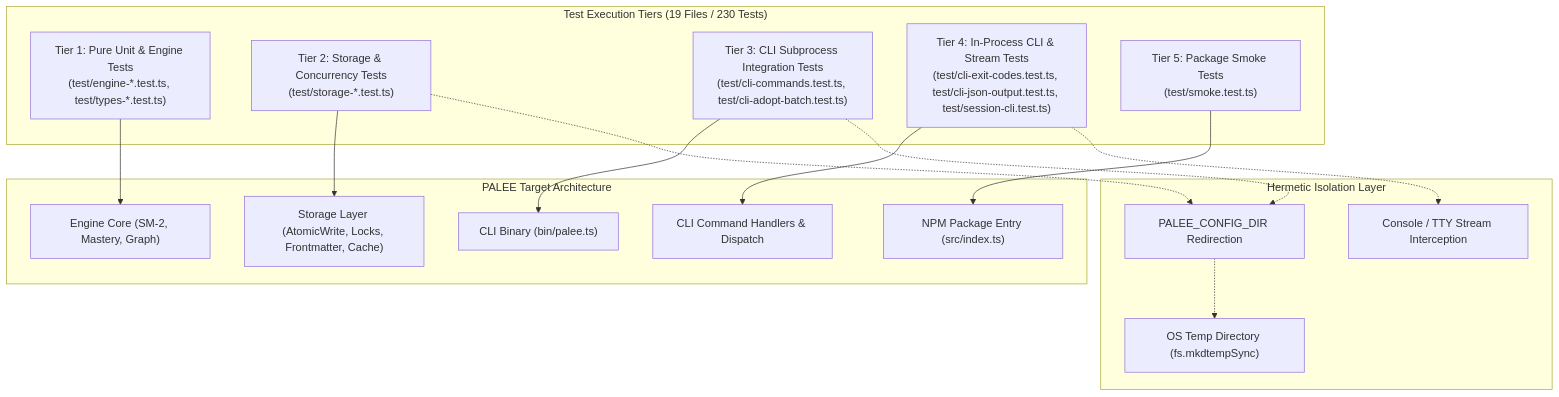
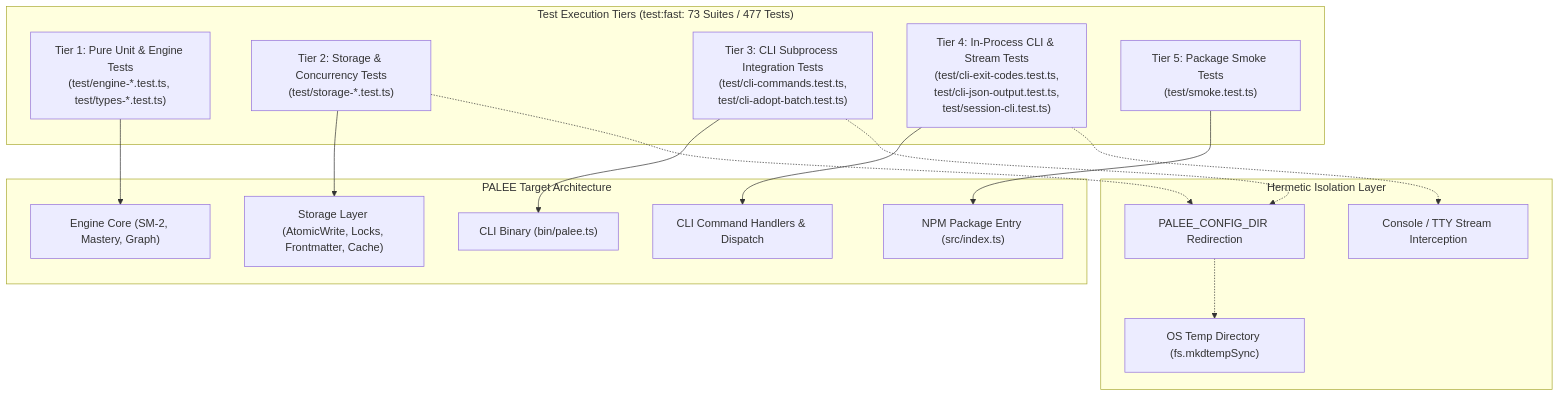
The diagram in docs/06-0-testing.md (Kuldeep2822k/cli), drawn with Mermaid before and after one commit. The commit also changed other lines of this file and 22 other files, not shown here.

First line of the commit message:
docs: resolve documentation audit drift, navigation gaps, and diagram layouts (#189)

````diff
--- a/docs/06-0-testing.md
+++ b/docs/06-0-testing.md
@@ -119,34 +119,34 @@
 ```mermaid
 flowchart TD
     subgraph Isolation ["Hermetic Isolation Layer"]
         TempDir["OS Temp Directory (fs.mkdtempSync)"]
         EnvVar["PALEE_CONFIG_DIR Redirection"]
         StreamMock["Console / TTY Stream Interception"]
     end
 
-    subgraph TestTiers ["Test Execution Tiers (19 Files / 230 Tests)"]
+    subgraph TestTiers ["Test Execution Tiers (test:fast: 73 Suites / 477 Tests)"]
         UT["Tier 1: Pure Unit & Engine Tests<br/>(test/engine-*.test.ts, test/types-*.test.ts)"]
         STG["Tier 2: Storage & Concurrency Tests<br/>(test/storage-*.test.ts)"]
-        IT["Tier 3: CLI Subprocess Integration Tests<br/>(test/cli-commands.test.ts, test/cli-adopt-batch.test.ts)"]
-        INP["Tier 4: In-Process CLI & Stream Tests<br/>(test/cli-exit-codes.test.ts, test/cli-json-output.test.ts, test/session-cli.test.ts)"]
+        IT["Tier 3: CLI Subprocess Integration Tests<br/>(test/cli-commands.test.ts,<br/>test/cli-adopt-batch.test.ts)"]
+        INP["Tier 4: In-Process CLI & Stream Tests<br/>(test/cli-exit-codes.test.ts,<br/>test/cli-json-output.test.ts,<br/>test/session-cli.test.ts)"]
         SMK["Tier 5: Package Smoke Tests<br/>(test/smoke.test.ts)"]
     end
 
     subgraph PALEE ["PALEE Target Architecture"]
         Engine["Engine Core (SM-2, Mastery, Graph)"]
         Storage["Storage Layer (AtomicWrite, Locks, Frontmatter, Cache)"]
         CLI["CLI Command Handlers & Dispatch"]
         Bin["CLI Binary (bin/palee.ts)"]
         Pkg["NPM Package Entry (src/index.ts)"]
     end
 
     UT --> Engine
     STG --> Storage
     STG -.-> EnvVar
     IT --> Bin
     IT -.-> EnvVar
     INP --> CLI
     INP -.-> StreamMock
     SMK --> Pkg
     EnvVar -.-> TempDir
 ```
````
